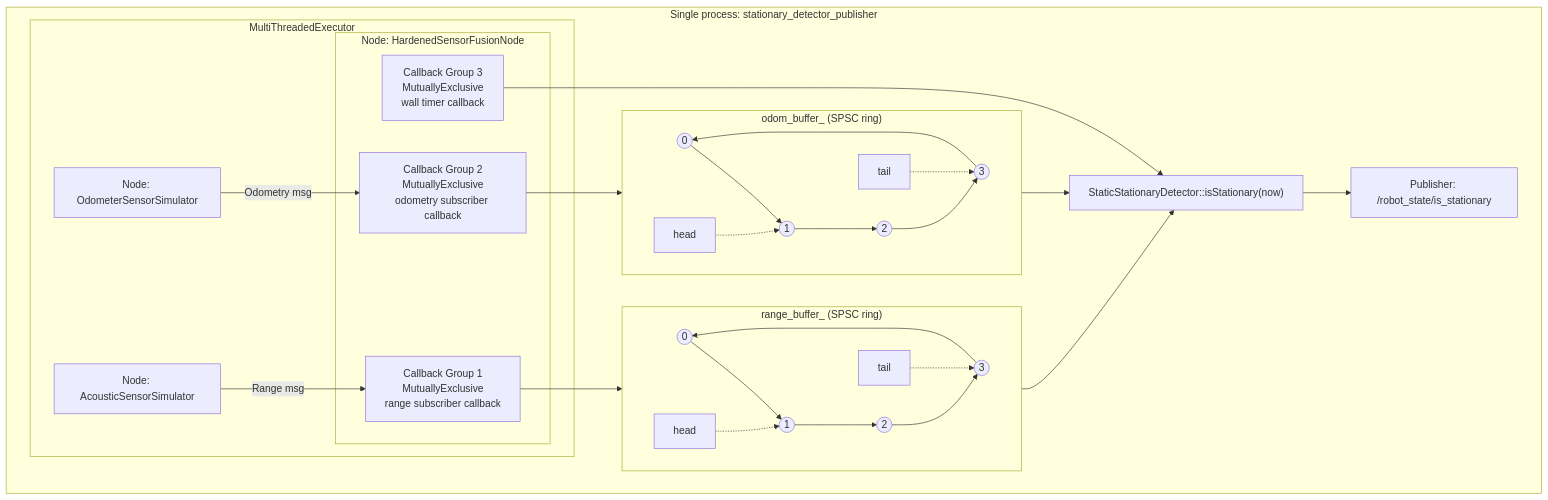
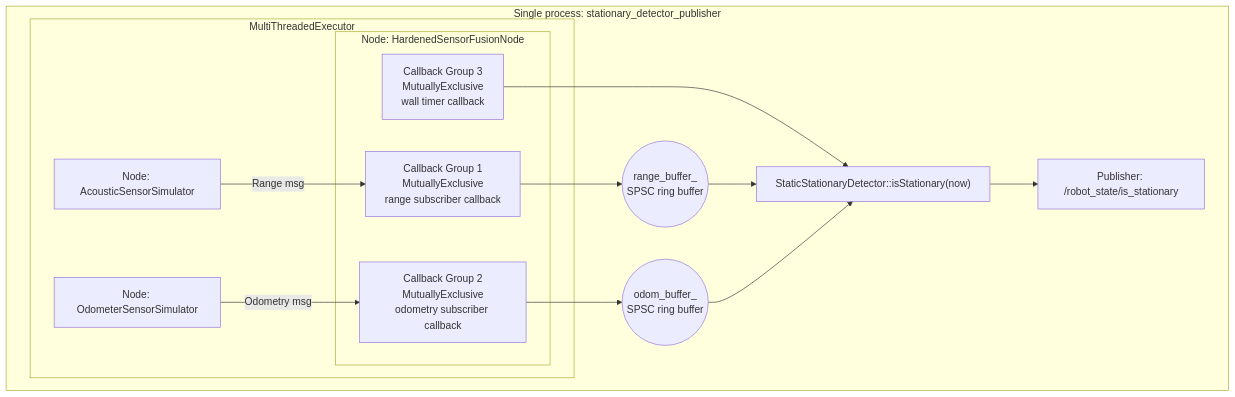
One commit to afatom/robot-stationary-fusion changed the second of 2 diagrams in README.md. Above: the diagram before and after it, drawn with Mermaid. The commit also changed other lines of this file, not shown here.

Commit message:
circle ring buffer visualization

````diff
--- a/README.md
+++ b/README.md
@@ -73,41 +61,30 @@
 ```mermaid
 flowchart TB
    subgraph P["Single process: stationary_detector_publisher"]
       subgraph EX["MultiThreadedExecutor"]
          RN["Node: AcousticSensorSimulator"]
          ON["Node: OdometerSensorSimulator"]
 
          subgraph HN["Node: HardenedSensorFusionNode"]
             CG1["Callback Group 1\nMutuallyExclusive\nrange subscriber callback"]
             CG2["Callback Group 2\nMutuallyExclusive\nodometry subscriber callback"]
             CG3["Callback Group 3\nMutuallyExclusive\nwall timer callback"]
          end
       end
 
-      subgraph RB["range_buffer_ (SPSC ring)"]
-         direction LR
-         RB0(("0")) --> RB1(("1")) --> RB2(("2")) --> RB3(("3")) --> RB0
-         RBH["head"] -.-> RB1
-         RBT["tail"] -.-> RB3
-      end
-
-      subgraph OB["odom_buffer_ (SPSC ring)"]
-         direction LR
-         OB0(("0")) --> OB1(("1")) --> OB2(("2")) --> OB3(("3")) --> OB0
-         OBH["head"] -.-> OB1
-         OBT["tail"] -.-> OB3
-      end
+      RB(("range_buffer_<br/>SPSC ring buffer"))
+      OB(("odom_buffer_<br/>SPSC ring buffer"))
 
       SD["StaticStationaryDetector::isStationary(now)"]
       PUB["Publisher: /robot_state/is_stationary"]
    end
 
    RN -->|"Range msg"| CG1
    ON -->|"Odometry msg"| CG2
-   CG1 --> RB0
-   CG2 --> OB0
+   CG1 --> RB
+   CG2 --> OB
    CG3 --> SD
-   RB2 --> SD
-   OB2 --> SD
+   RB --> SD
+   OB --> SD
    SD --> PUB
 ```
````
